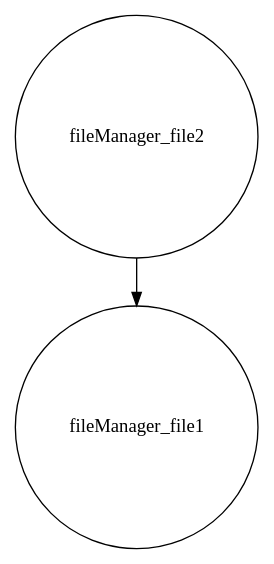
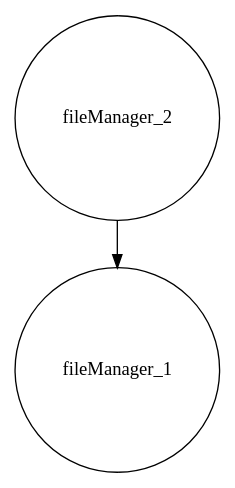
One commit to kallmejoe/Recent-file-manager-using-splay changed the diagram in fileManager.dot. Above: the diagram before and after it, drawn with Graphviz. The commit also changed 6 other files, not shown here.

```diff
--- a/fileManager.dot
+++ b/fileManager.dot
@@ -1,4 +1,5 @@
 digraph BST {
     node [shape=circle];
-    "fileManager_file2" -> "fileManager_file1";
+    "fileManager_2" -> "fileManager_1";
+    "fileManager_1";
 }
```
